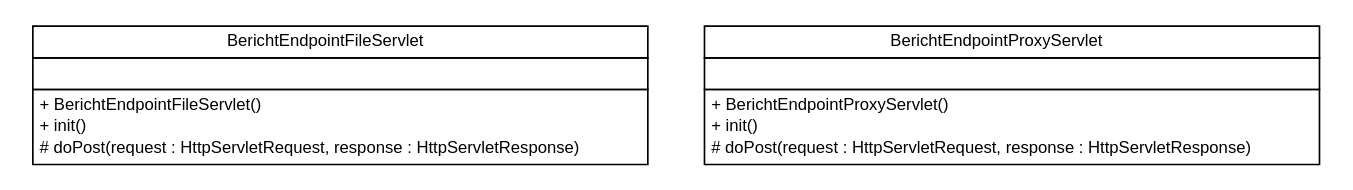
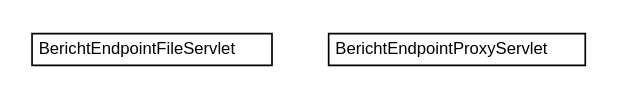
Before and after one commit to B3Partners/brmo: the diagram in brmo-proxyservice/apidocs/nl/b3p/brmo/service/proxy/nl.b3p.brmo.service.proxy.dot, drawn with Graphviz. The commit also changed 70 other files, not shown here.

```diff
--- a/brmo-proxyservice/apidocs/nl/b3p/brmo/service/proxy/nl.b3p.brmo.service.proxy.dot
+++ b/brmo-proxyservice/apidocs/nl/b3p/brmo/service/proxy/nl.b3p.brmo.service.proxy.dot
@@ -1,40 +1,24 @@
 #!/usr/local/bin/dot
 #
 # Class diagram 
 # Generated by UMLGraph version R5_6-24-gf6e263 (http://www.umlgraph.org/)
 #
 
 digraph G {
 	edge [fontname="Helvetica",fontsize=10,labelfontname="Helvetica",labelfontsize=10];
 	node [fontname="Helvetica",fontsize=10,shape=plaintext];
 	nodesep=0.25;
 	ranksep=0.5;
 	// nl.b3p.brmo.service.proxy.BerichtEndpointFileServlet
 	c0 [label=<<table title="nl.b3p.brmo.service.proxy.BerichtEndpointFileServlet" border="0" cellborder="1" cellspacing="0" cellpadding="2" port="p" href="./BerichtEndpointFileServlet.html">
 		<tr><td><table border="0" cellspacing="0" cellpadding="1">
 <tr><td align="center" balign="center"> BerichtEndpointFileServlet </td></tr>
 		</table></td></tr>
-		<tr><td><table border="0" cellspacing="0" cellpadding="1">
-<tr><td align="left" balign="left">  </td></tr>
-		</table></td></tr>
-		<tr><td><table border="0" cellspacing="0" cellpadding="1">
-<tr><td align="left" balign="left"> + BerichtEndpointFileServlet() </td></tr>
-<tr><td align="left" balign="left"> + init() </td></tr>
-<tr><td align="left" balign="left"> # doPost(request : HttpServletRequest, response : HttpServletResponse) </td></tr>
-		</table></td></tr>
 		</table>>, URL="./BerichtEndpointFileServlet.html", fontname="Helvetica", fontcolor="black", fontsize=10.0];
 	// nl.b3p.brmo.service.proxy.BerichtEndpointProxyServlet
 	c1 [label=<<table title="nl.b3p.brmo.service.proxy.BerichtEndpointProxyServlet" border="0" cellborder="1" cellspacing="0" cellpadding="2" port="p" href="./BerichtEndpointProxyServlet.html">
 		<tr><td><table border="0" cellspacing="0" cellpadding="1">
 <tr><td align="center" balign="center"> BerichtEndpointProxyServlet </td></tr>
 		</table></td></tr>
-		<tr><td><table border="0" cellspacing="0" cellpadding="1">
-<tr><td align="left" balign="left">  </td></tr>
-		</table></td></tr>
-		<tr><td><table border="0" cellspacing="0" cellpadding="1">
-<tr><td align="left" balign="left"> + BerichtEndpointProxyServlet() </td></tr>
-<tr><td align="left" balign="left"> + init() </td></tr>
-<tr><td align="left" balign="left"> # doPost(request : HttpServletRequest, response : HttpServletResponse) </td></tr>
-		</table></td></tr>
 		</table>>, URL="./BerichtEndpointProxyServlet.html", fontname="Helvetica", fontcolor="black", fontsize=10.0];
 }
```
